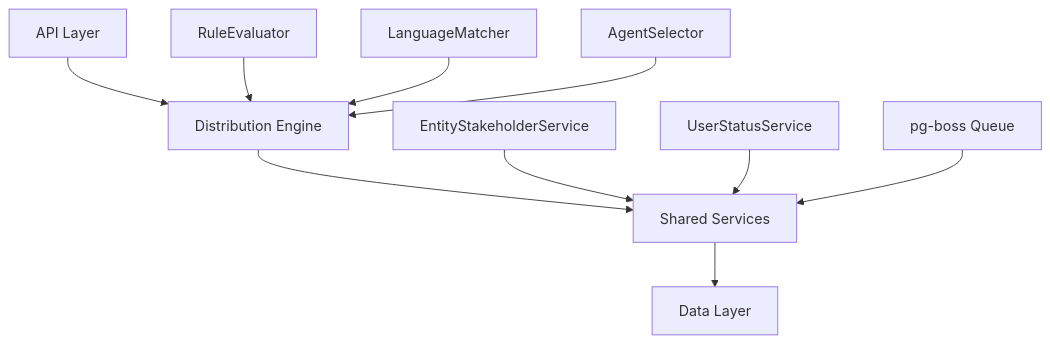
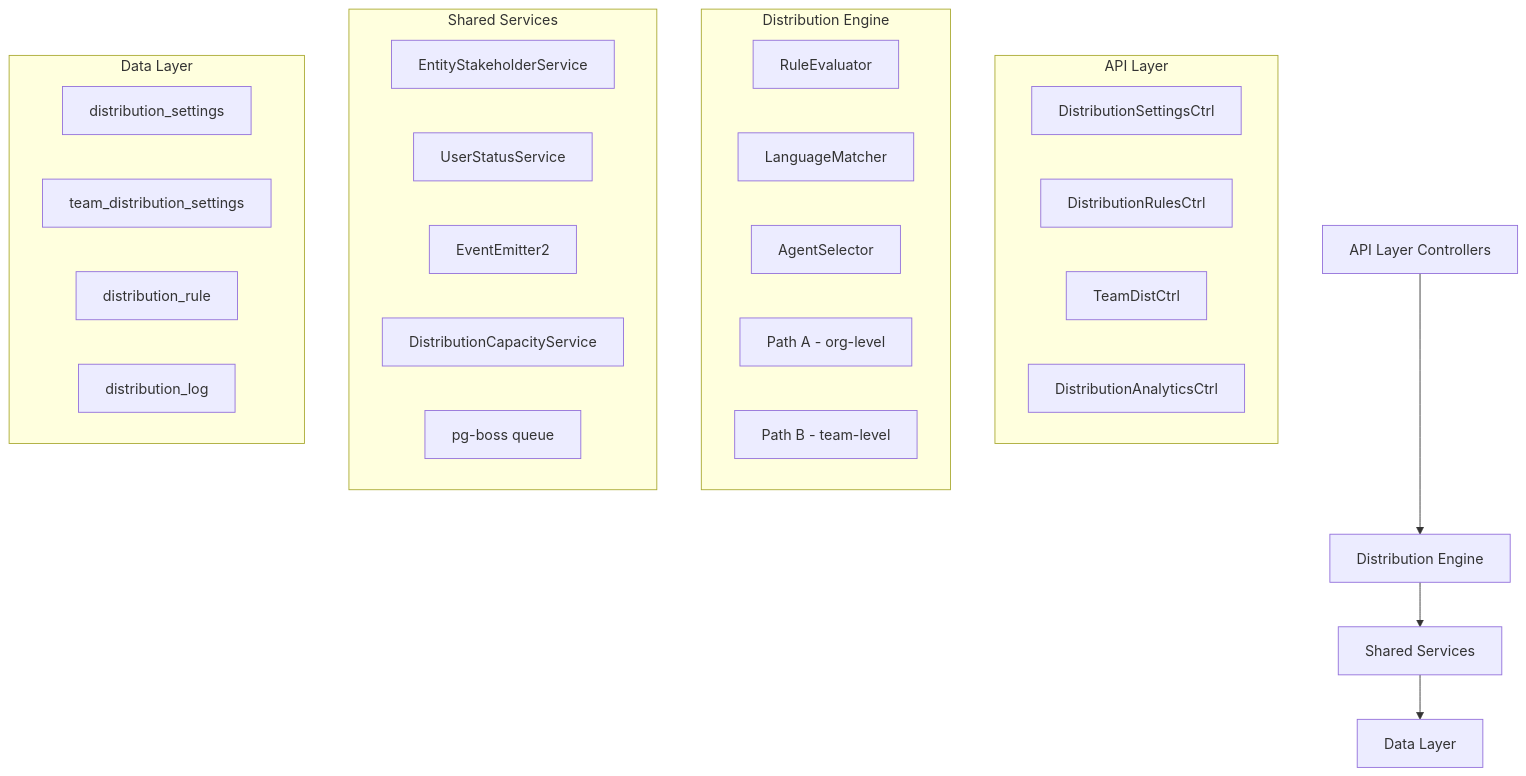
The diagram in backend/crm/distribution-module-specification-final.mdx (tech-propwise-org/docs), drawn with Mermaid before and after one commit. The commit also changed other lines of this file and 61 other files, not shown here.

````diff
--- a/backend/crm/distribution-module-specification-final.mdx
+++ b/backend/crm/distribution-module-specification-final.mdx
@@ -54,14 +48,36 @@
 ```mermaid
-graph TD
-    A[API Layer] --> B[Distribution Engine]
+graph TB
+    A[API Layer Controllers] --> B[Distribution Engine]
     B --> C[Shared Services]
     C --> D[Data Layer]
     
-    B1[RuleEvaluator] --> B
-    B2[LanguageMatcher] --> B
-    B3[AgentSelector] --> B
+    subgraph API ["API Layer"]
+        A1[DistributionSettingsCtrl]
+        A2[DistributionRulesCtrl]
+        A3[TeamDistCtrl]
+        A4[DistributionAnalyticsCtrl]
+    end
     
-    C1[EntityStakeholderService] --> C
-    C2[UserStatusService] --> C
-    C3[pg-boss Queue] --> C
+    subgraph Engine ["Distribution Engine"]
+        B1[RuleEvaluator]
+        B2[LanguageMatcher]
+        B3[AgentSelector]
+        B4[Path A - org-level]
+        B5[Path B - team-level]
+    end
+    
+    subgraph Services ["Shared Services"]
+        C1[EntityStakeholderService]
+        C2[UserStatusService]
+        C3[EventEmitter2]
+        C4[DistributionCapacityService]
+        C5[pg-boss queue]
+    end
+    
+    subgraph Data ["Data Layer"]
+        D1[distribution_settings]
+        D2[team_distribution_settings]
+        D3[distribution_rule]
+        D4[distribution_log]
+    end
 ```
````
